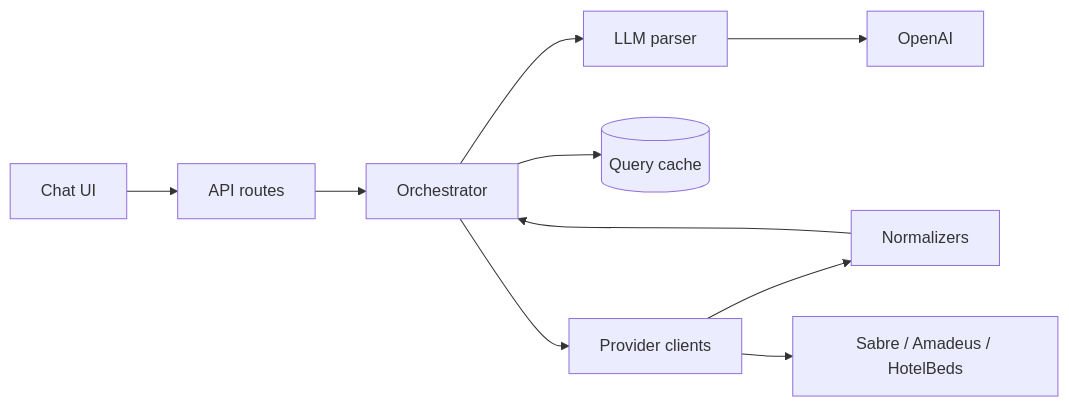
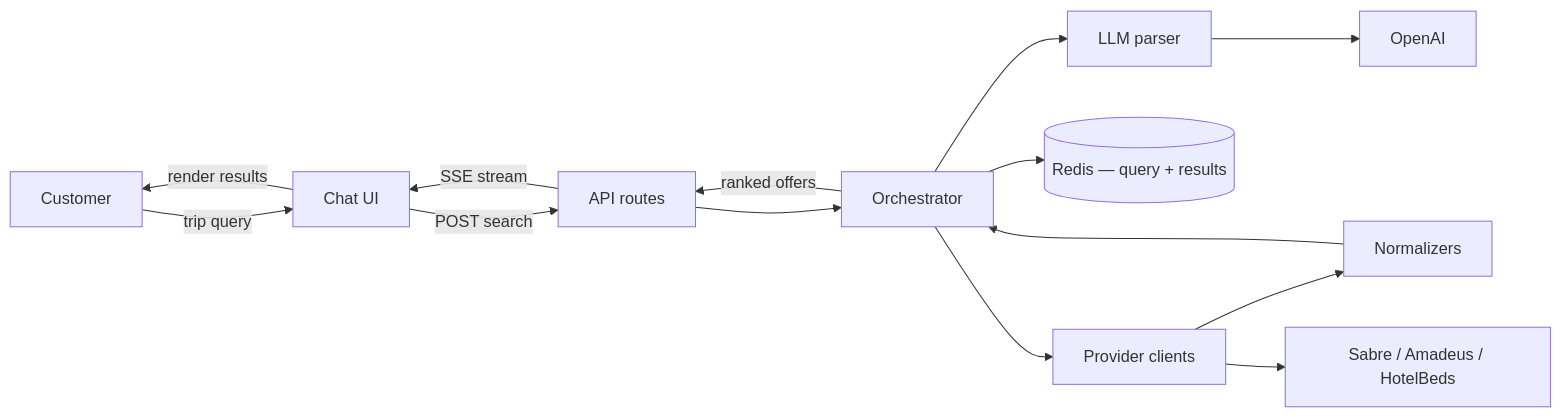
One commit to Khairulbashar010/ziarah.ai-assessment changed the diagram in design-docs/system-design.md. Above: the diagram before and after it, drawn with Mermaid. The commit also changed other lines of this file and 172 other files, not shown here.

````diff
--- a/design-docs/system-design.md
+++ b/design-docs/system-design.md
@@ -33,12 +33,16 @@
 ```mermaid
 flowchart LR
-    UI[Chat UI] --> API[API routes]
+    CUST[Customer] -->|trip query| UI[Chat UI]
+    UI -->|POST search| API[API routes]
     API --> ORCH[Orchestrator]
     ORCH --> LLM[LLM parser]
-    ORCH --> CACHE[(Query cache)]
+    ORCH --> CACHE[(Redis — query + results)]
     ORCH --> PROV[Provider clients]
     PROV --> NORM[Normalizers]
     NORM --> ORCH
     LLM --> OAI[OpenAI]
     PROV --> GDS[Sabre / Amadeus / HotelBeds]
+    ORCH -->|ranked offers| API
+    API -->|SSE stream| UI
+    UI -->|render results| CUST
 ```
````
